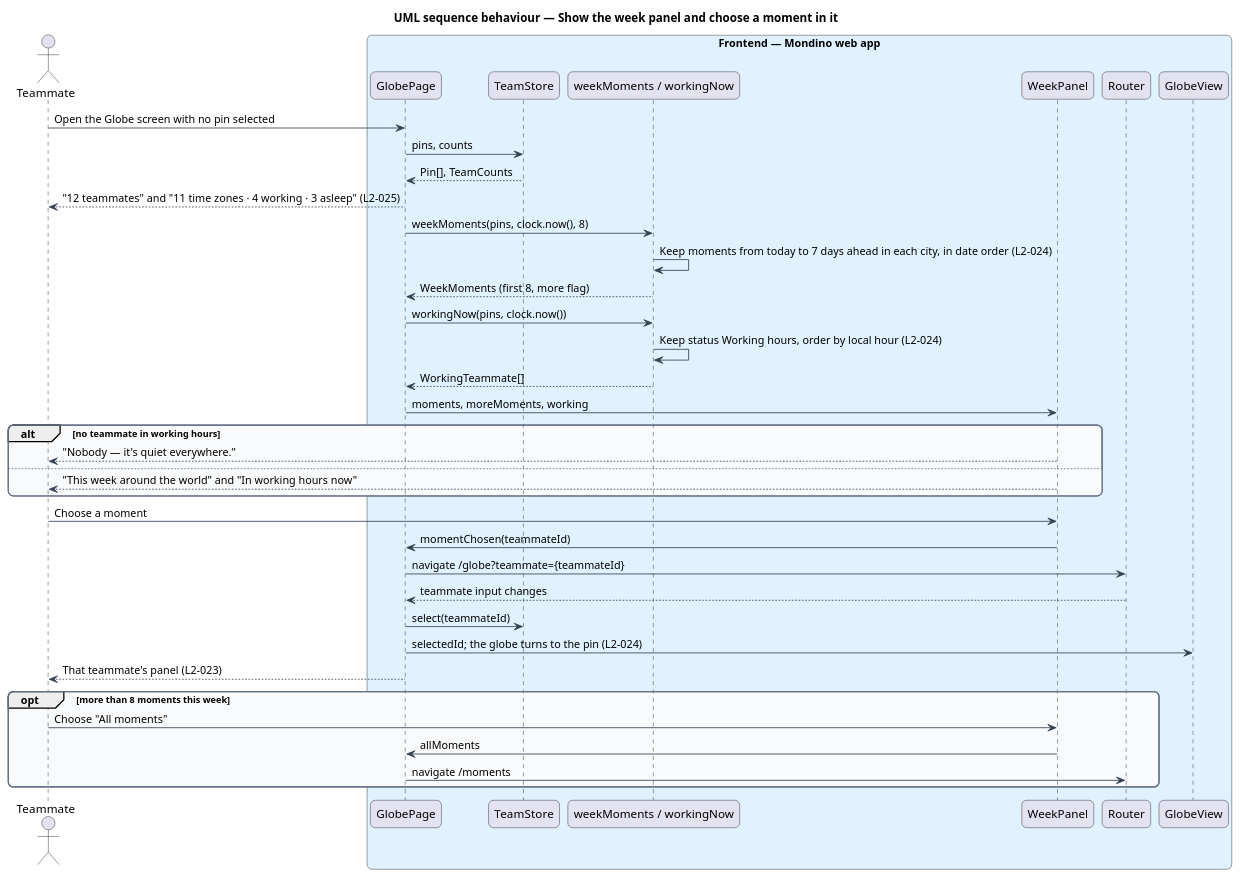
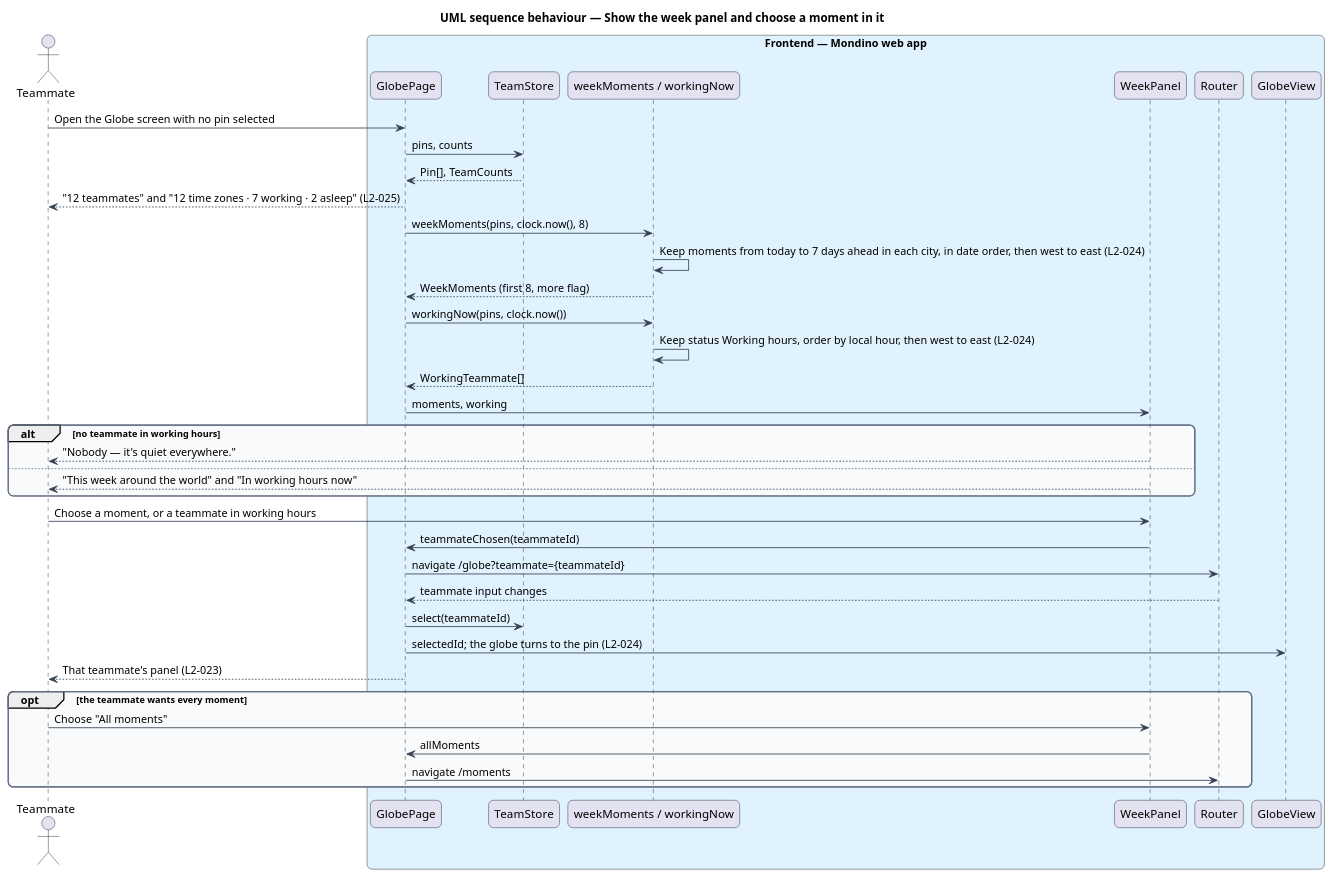
The diagram in docs/detailed-designs/team/view-week-around-the-world/diagrams/sequence-choose-moment.puml (QuinntyneBrown/Mondino), drawn with PlantUML before and after one commit. The commit also changed 5 other files, not shown here.

```diff
--- a/docs/detailed-designs/team/view-week-around-the-world/diagrams/sequence-choose-moment.puml
+++ b/docs/detailed-designs/team/view-week-around-the-world/diagrams/sequence-choose-moment.puml
@@ -1,54 +1,54 @@
 @startuml
 title UML sequence behaviour — Show the week panel and choose a moment in it
 skinparam backgroundColor #FFFFFF
 skinparam shadowing false
 skinparam roundcorner 12
 skinparam defaultFontName Arial
 skinparam ArrowColor #344054
 skinparam rectangle {
   BorderColor #344054
   FontColor #101828
 }
 skinparam package {
   BorderColor #667085
   FontColor #101828
   BackgroundColor #F9FAFB
 }
 actor "Teammate" as actor
 box "Frontend — Mondino web app" #E0F2FE
   participant "GlobePage" as page
   participant "TeamStore" as store
   participant "weekMoments / workingNow" as fn
   participant "WeekPanel" as panel
   participant "Router" as router
   participant "GlobeView" as globe
 end box
 actor -> page : Open the Globe screen with no pin selected
 page -> store : pins, counts
 store --> page : Pin[], TeamCounts
-page --> actor : "12 teammates" and "11 time zones · 4 working · 3 asleep" (L2-025)
+page --> actor : "12 teammates" and "12 time zones · 7 working · 2 asleep" (L2-025)
 page -> fn : weekMoments(pins, clock.now(), 8)
-fn -> fn : Keep moments from today to 7 days ahead in each city, in date order (L2-024)
+fn -> fn : Keep moments from today to 7 days ahead in each city, in date order, then west to east (L2-024)
 fn --> page : WeekMoments (first 8, more flag)
 page -> fn : workingNow(pins, clock.now())
-fn -> fn : Keep status Working hours, order by local hour (L2-024)
+fn -> fn : Keep status Working hours, order by local hour, then west to east (L2-024)
 fn --> page : WorkingTeammate[]
-page -> panel : moments, moreMoments, working
+page -> panel : moments, working
 alt no teammate in working hours
   panel --> actor : "Nobody — it's quiet everywhere."
 else
   panel --> actor : "This week around the world" and "In working hours now"
 end
-actor -> panel : Choose a moment
-panel -> page : momentChosen(teammateId)
+actor -> panel : Choose a moment, or a teammate in working hours
+panel -> page : teammateChosen(teammateId)
 page -> router : navigate /globe?teammate={teammateId}
 router --> page : teammate input changes
 page -> store : select(teammateId)
 page -> globe : selectedId; the globe turns to the pin (L2-024)
 page --> actor : That teammate's panel (L2-023)
-opt more than 8 moments this week
+opt the teammate wants every moment
   actor -> panel : Choose "All moments"
   panel -> page : allMoments
   page -> router : navigate /moments
 end
 @enduml
```
